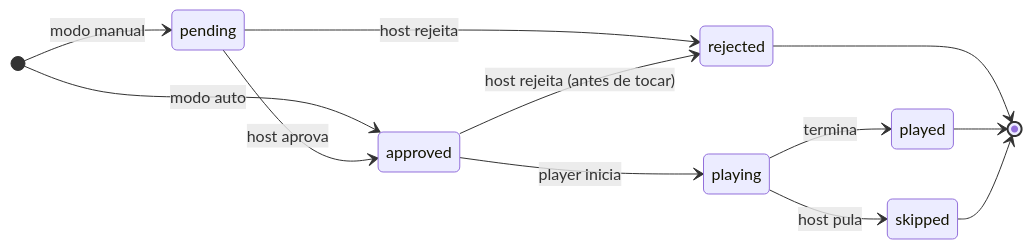
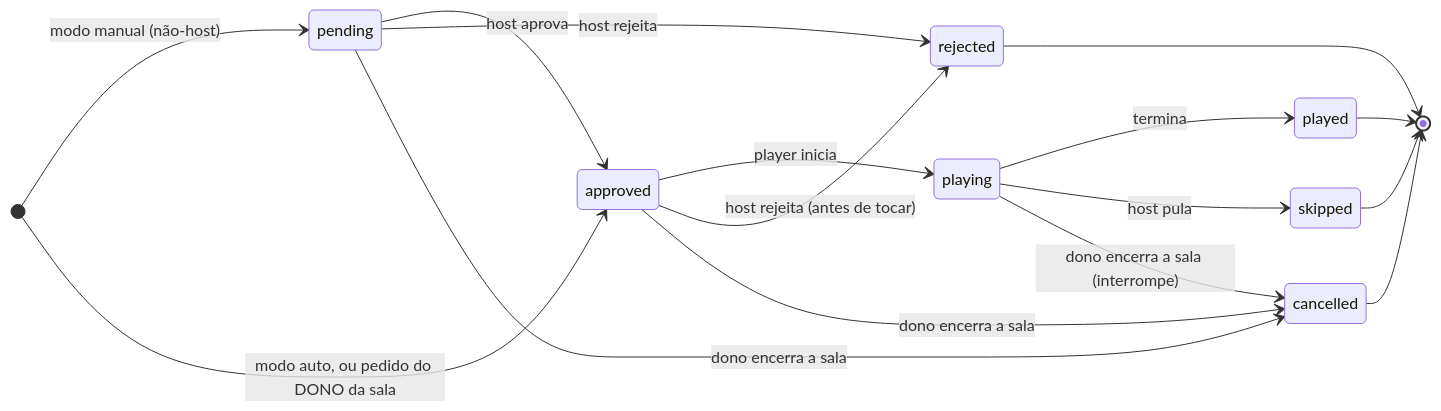
One commit to cavalcanteprofissional/karaoke-flow changed diagram 13 of 15 in docs/flows/fluxos-do-sistema.md. Above: the diagram before and after it, drawn with Mermaid. The commit also changed other lines of this file and 23 other files, not shown here.

First line of the commit message:
feat: OAuth Google/busca por-host de ponta a ponta + encerrar sala (Fase 4.5)

````diff
--- a/docs/flows/fluxos-do-sistema.md
+++ b/docs/flows/fluxos-do-sistema.md
@@ -244,15 +251,19 @@
 ```mermaid
 stateDiagram-v2
     direction LR
-    [*] --> pending: modo manual
-    [*] --> approved: modo auto
+    [*] --> pending: modo manual (não-host)
+    [*] --> approved: modo auto, ou pedido do DONO da sala
     pending --> approved: host aprova
     pending --> rejected: host rejeita
     approved --> playing: player inicia
     approved --> rejected: host rejeita (antes de tocar)
     playing --> played: termina
     playing --> skipped: host pula
+    pending --> cancelled: dono encerra a sala
+    approved --> cancelled: dono encerra a sala
+    playing --> cancelled: dono encerra a sala (interrompe)
     rejected --> [*]
     played --> [*]
     skipped --> [*]
+    cancelled --> [*]
 ```
````
